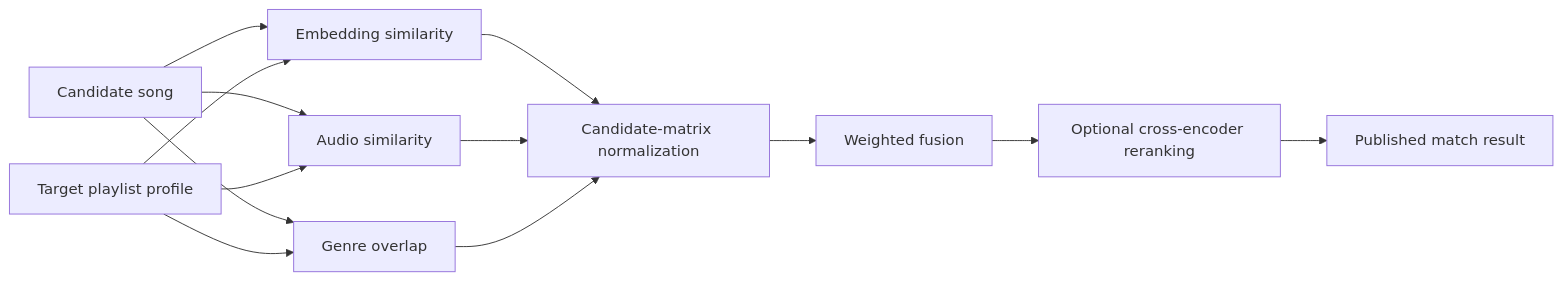
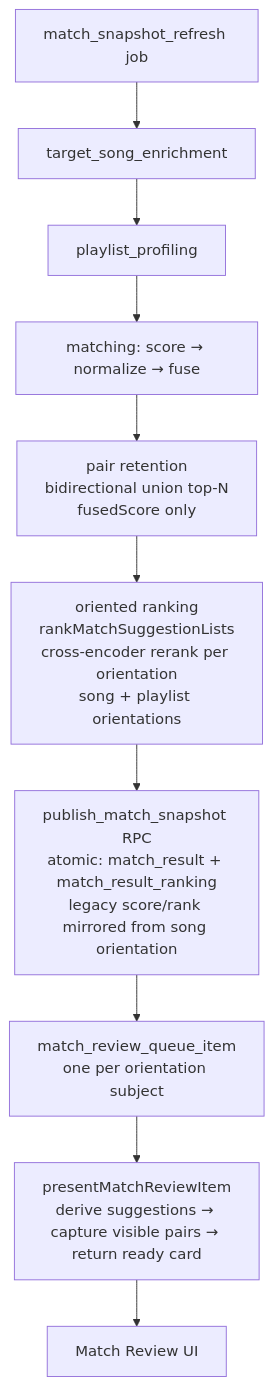
One commit to fabiogaliano/hearted.music changed the second of 2 diagrams in docs/architecture/matching/overview.md. Above: the diagram before and after it, drawn with Mermaid. The commit also changed other lines of this file and 4 other files, not shown here.

Commit message:
docs(match): architecture docs, stories index, and regression hardening (MSR-38)

````diff
--- a/docs/architecture/matching/overview.md
+++ b/docs/architecture/matching/overview.md
@@ -188,18 +317,12 @@
 ```mermaid
-flowchart LR
-  S[Candidate song] --> E[Embedding similarity]
-  S --> A[Audio similarity]
-  S --> G[Genre overlap]
-
-  P[Target playlist profile] --> E
-  P --> A
-  P --> G
-
-  E --> N[Candidate-matrix normalization]
-  A --> N
-  G --> N
-
-  N --> F[Weighted fusion]
-  F --> R[Optional cross-encoder reranking]
-  R --> M[Published match result]
+flowchart TD
+  Job[match_snapshot_refresh job] --> Enrich[target_song_enrichment]
+  Enrich --> Profile[playlist_profiling]
+  Profile --> Score[matching: score → normalize → fuse]
+  Score --> Retain[pair retention\nbidirectional union top-N\nfusedScore only]
+  Retain --> Orient[oriented ranking\nrankMatchSuggestionLists\ncross-encoder rerank per orientation\nsong + playlist orientations]
+  Orient --> Publish[publish_match_snapshot RPC\natomic: match_result + match_result_ranking\nlegacy score/rank mirrored from song orientation]
+  Publish --> Queue[match_review_queue_item\none per orientation subject]
+  Queue --> Present[presentMatchReviewItem\nderive suggestions → capture visible pairs → return ready card]
+  Present --> UI[Match Review UI]
 ```
````
